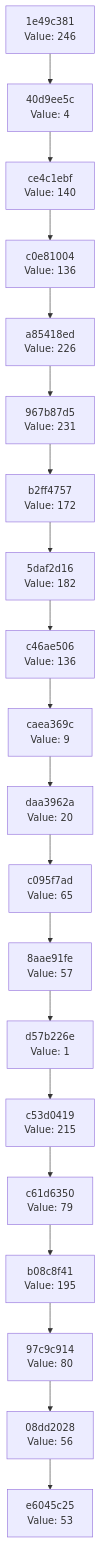
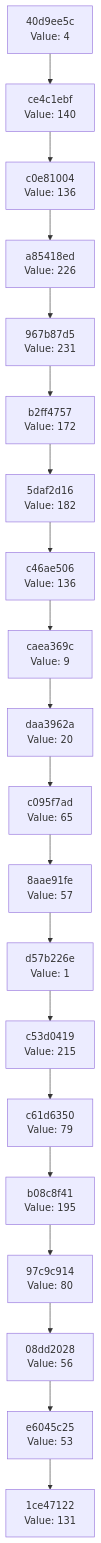
The diagram in docs/CHAIN_VISUALIZATION.md (Abhisheksinha1506/hash-chain-evolver), drawn with Mermaid before and after one commit. The commit also changed 1 other file, not shown here.

Commit message:
Evolution Step

````diff
--- a/docs/CHAIN_VISUALIZATION.md
+++ b/docs/CHAIN_VISUALIZATION.md
@@ -3,42 +3,42 @@
 ```mermaid
 graph TD
-    C0["e6045c25<br/>Value: 53"]
-    C1["08dd2028<br/>Value: 56"]
+    C0["1ce47122<br/>Value: 131"]
+    C1["e6045c25<br/>Value: 53"]
     C1 --> C0
-    C2["97c9c914<br/>Value: 80"]
+    C2["08dd2028<br/>Value: 56"]
     C2 --> C1
-    C3["b08c8f41<br/>Value: 195"]
+    C3["97c9c914<br/>Value: 80"]
     C3 --> C2
-    C4["c61d6350<br/>Value: 79"]
+    C4["b08c8f41<br/>Value: 195"]
     C4 --> C3
-    C5["c53d0419<br/>Value: 215"]
+    C5["c61d6350<br/>Value: 79"]
     C5 --> C4
-    C6["d57b226e<br/>Value: 1"]
+    C6["c53d0419<br/>Value: 215"]
     C6 --> C5
-    C7["8aae91fe<br/>Value: 57"]
+    C7["d57b226e<br/>Value: 1"]
     C7 --> C6
-    C8["c095f7ad<br/>Value: 65"]
+    C8["8aae91fe<br/>Value: 57"]
     C8 --> C7
-    C9["daa3962a<br/>Value: 20"]
+    C9["c095f7ad<br/>Value: 65"]
     C9 --> C8
-    C10["caea369c<br/>Value: 9"]
+    C10["daa3962a<br/>Value: 20"]
     C10 --> C9
-    C11["c46ae506<br/>Value: 136"]
+    C11["caea369c<br/>Value: 9"]
     C11 --> C10
-    C12["5daf2d16<br/>Value: 182"]
+    C12["c46ae506<br/>Value: 136"]
     C12 --> C11
-    C13["b2ff4757<br/>Value: 172"]
+    C13["5daf2d16<br/>Value: 182"]
     C13 --> C12
-    C14["967b87d5<br/>Value: 231"]
+    C14["b2ff4757<br/>Value: 172"]
     C14 --> C13
-    C15["a85418ed<br/>Value: 226"]
+    C15["967b87d5<br/>Value: 231"]
     C15 --> C14
-    C16["c0e81004<br/>Value: 136"]
+    C16["a85418ed<br/>Value: 226"]
     C16 --> C15
-    C17["ce4c1ebf<br/>Value: 140"]
+    C17["c0e81004<br/>Value: 136"]
     C17 --> C16
-    C18["40d9ee5c<br/>Value: 4"]
+    C18["ce4c1ebf<br/>Value: 140"]
     C18 --> C17
-    C19["1e49c381<br/>Value: 246"]
+    C19["40d9ee5c<br/>Value: 4"]
     C19 --> C18
 ```
````
